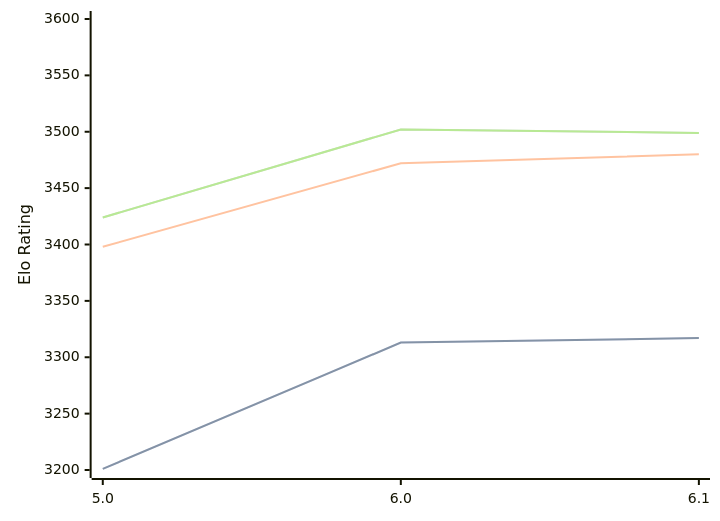
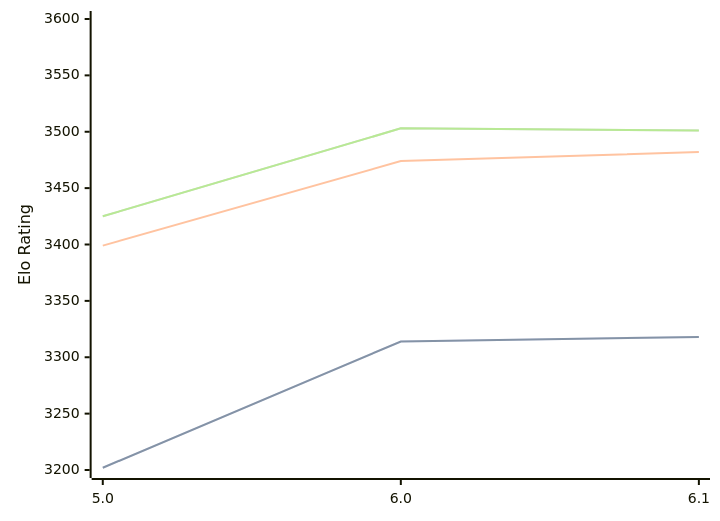
One commit to computer-chess-index/cci changed the diagram in engines/Starzix.md. Above: the diagram before and after it, drawn with Mermaid. The commit also changed other lines of this file, not shown here.

Commit message:
Update CCI Ratings (ELO VLTC) - 2026-08-09

````diff
--- a/engines/Starzix.md
+++ b/engines/Starzix.md
@@ -33,11 +33,11 @@
 ```mermaid
 %%{init: {"theme":"base","themeVariables":{"seriesColors:['#a3a3a3','#222221','#faa371']}}}%%
 xychart-beta
   x-axis ["5.0", "6.0", "6.1"]
   y-axis "Elo Rating" 3200 --> 3600
-  line "STC (8.0+0.08s)" [3201, 3313, 3317]
-  line "STC (8.0+0.08s)" [3201, 3313, 3317]
-  line "LTC (60.0+0.60s)" [3398, 3472, 3480]
-  line "VLTC (2m24s+1.12s)" [3424, 3502, 3499]
-  line "VLTC (2m24s+1.12s)" [3424, 3502, 3499]
+  line "STC (8.0+0.08s)" [3202, 3314, 3318]
+  line "STC (8.0+0.08s)" [3202, 3314, 3318]
+  line "LTC (60.0+0.60s)" [3399, 3474, 3482]
+  line "VLTC (2m24s+1.12s)" [3425, 3503, 3501]
+  line "VLTC (2m24s+1.12s)" [3425, 3503, 3501]
 ```
````
